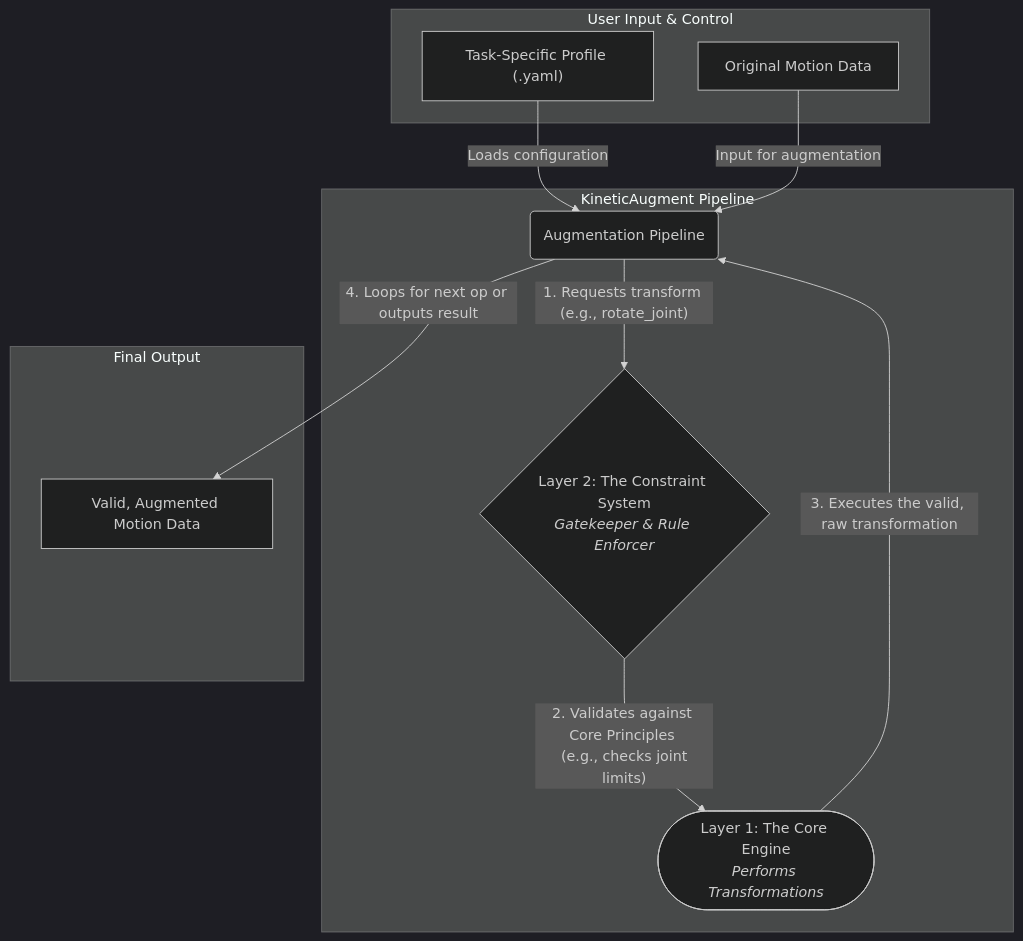
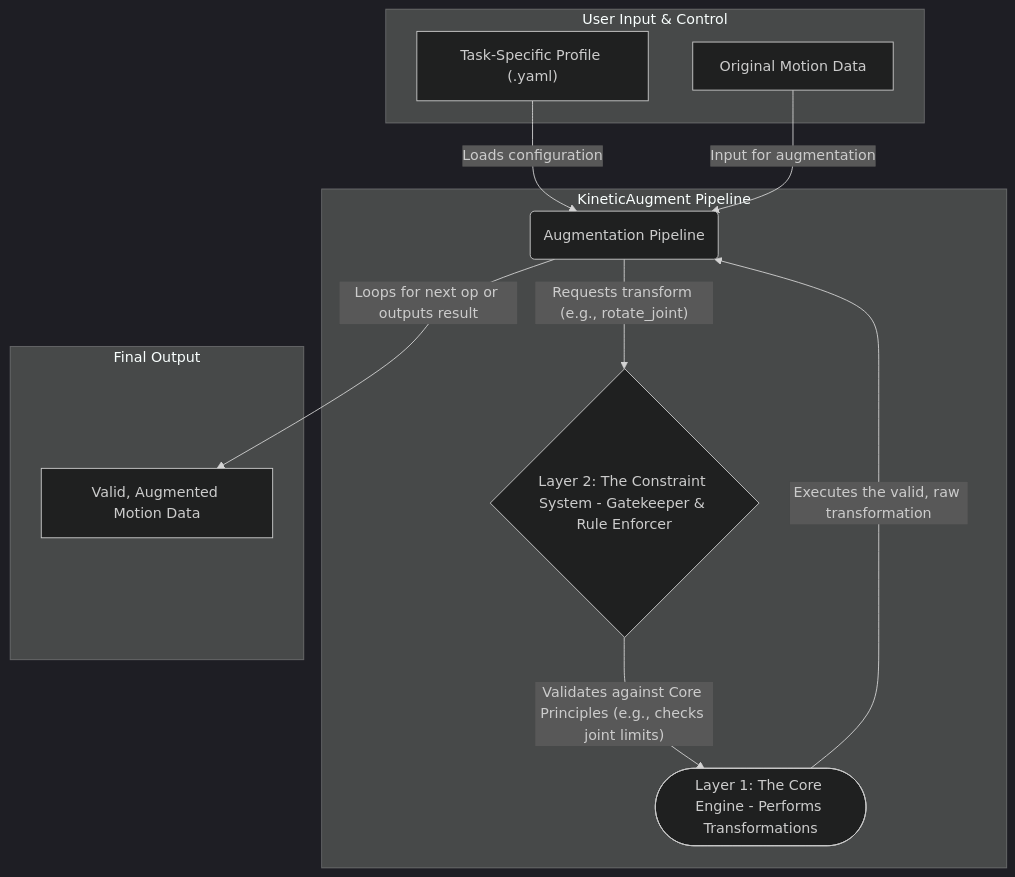
Before and after one commit to YouSoPugly/KineticAugment: the diagram in docs/02_Framework_Architecture.md, drawn with Mermaid (dark theme).

Commit message:
Update mermaid graph.

````diff
--- a/docs/02_Framework_Architecture.md
+++ b/docs/02_Framework_Architecture.md
@@ -16,27 +16,27 @@
 ```mermaid
 graph TD
     subgraph "User Input & Control"
         TaskProfile["Task-Specific Profile (.yaml)"]
         MotionData["Original Motion Data"]
     end
 
     subgraph "KineticAugment Pipeline"
         Pipeline("Augmentation Pipeline")
-        ConstraintSystem{"Layer 2: The Constraint System<br/><i>Gatekeeper & Rule Enforcer</i>"}
-        CoreEngine(["Layer 1: The Core Engine<br/><i>Performs Transformations</i>"])
+        ConstraintSystem{"Layer 2: The Constraint System - Gatekeeper & Rule Enforcer"}
+        CoreEngine(["Layer 1: The Core Engine - Performs Transformations"])
     end
 
     subgraph "Final Output"
         AugmentedData["Valid, Augmented Motion Data"]
     end
 
     %% Define Data Flow
     TaskProfile -- "Loads configuration" --> Pipeline
     MotionData -- "Input for augmentation" --> Pipeline
 
-    Pipeline -- "1. Requests transform (e.g., rotate_joint)" --> ConstraintSystem
-    ConstraintSystem -- "2. Validates against Core Principles <br/> (e.g., checks joint limits)" --> CoreEngine
-    CoreEngine -- "3. Executes the valid, raw transformation" --> Pipeline
-    Pipeline -- "4. Loops for next op or outputs result" --> AugmentedData
+    Pipeline -- "Requests transform (e.g., rotate_joint)" --> ConstraintSystem
+    ConstraintSystem -- "Validates against Core Principles (e.g., checks joint limits)" --> CoreEngine
+    CoreEngine -- "Executes the valid, raw transformation" --> Pipeline
+    Pipeline -- "Loops for next op or outputs result" --> AugmentedData
 
 ```
````
